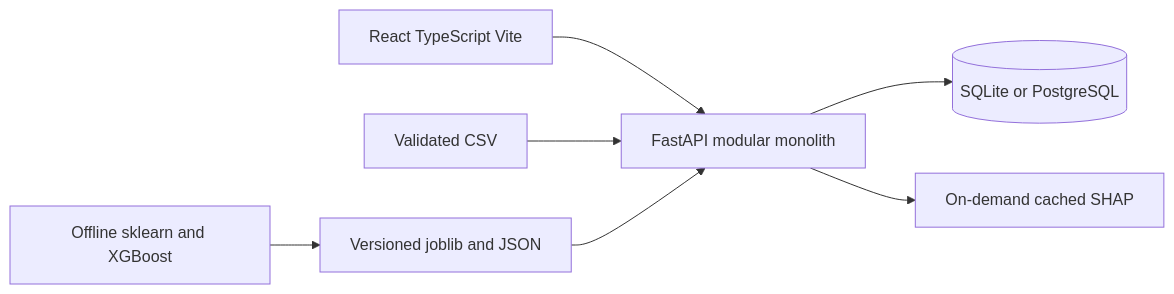
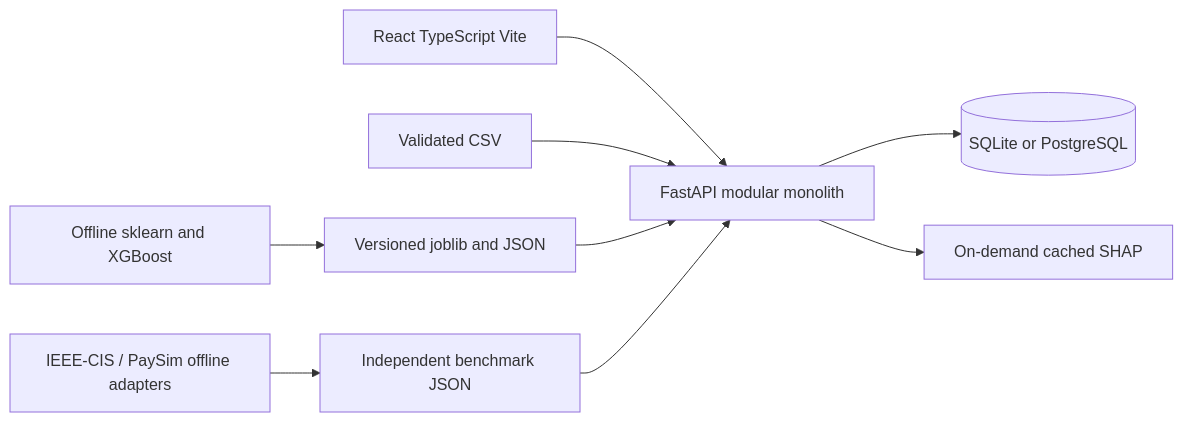
One commit to muratkareem/argus changed the diagram in docs/diploma/02_SYSTEM_ARCHITECTURE.md. Above: the diagram before and after it, drawn with Mermaid. The commit also changed other lines of this file and 7 other files, not shown here.

````diff
--- a/docs/diploma/02_SYSTEM_ARCHITECTURE.md
+++ b/docs/diploma/02_SYSTEM_ARCHITECTURE.md
@@ -3,9 +3,11 @@
 ```mermaid
 flowchart LR
   UI[React TypeScript Vite] --> API[FastAPI modular monolith]
   API --> DB[(SQLite or PostgreSQL)]
   CSV[Validated CSV] --> API
   Train[Offline sklearn and XGBoost] --> Artifacts[Versioned joblib and JSON]
   Artifacts --> API
+  External[IEEE-CIS / PaySim offline adapters] --> Reports[Independent benchmark JSON]
+  Reports --> API
   API --> Explain[On-demand cached SHAP]
 ```
````
